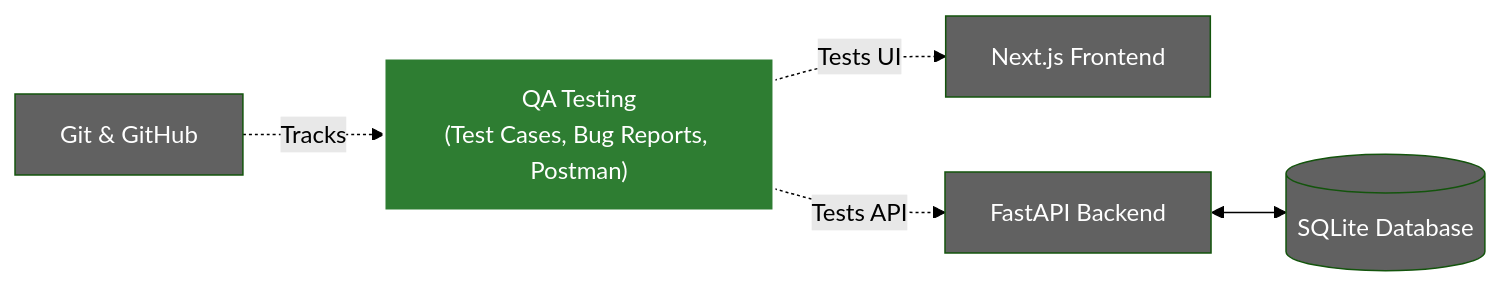
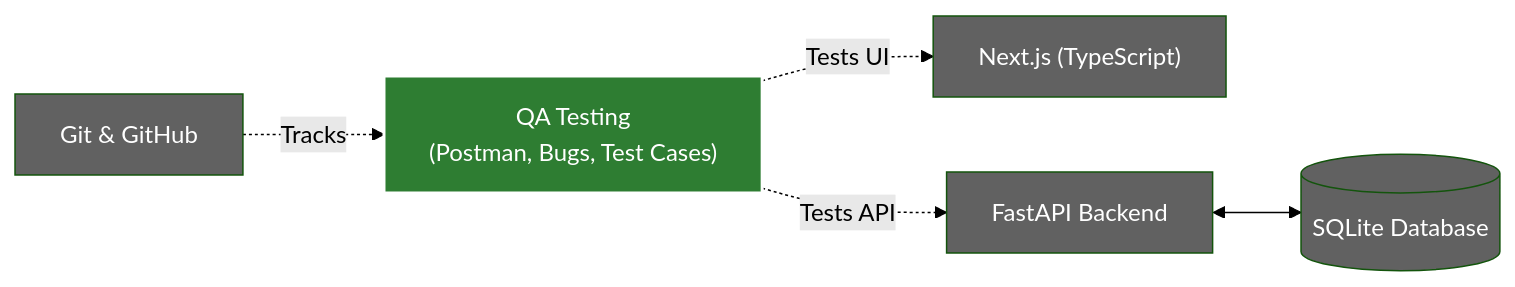
One commit to Saima-H/orientrix-training changed diagram 12 of 16 in AI_JOURNAL.md. Above: the diagram before and after it, drawn with Mermaid (forest theme). The commit also changed other lines of this file, not shown here.

````diff
--- a/AI_JOURNAL.md
+++ b/AI_JOURNAL.md
@@ -253,16 +262,16 @@
 ```mermaid
 flowchart LR
     Git["Git & GitHub"]:::past
-    QA["QA Testing<br/>(Test Cases, Bug Reports, Postman)"]:::day6
-    FE["Next.js Frontend"]:::past
+    QA["QA Testing<br/>(Postman, Bugs, Test Cases)"]:::day6
+    FE["Next.js (TypeScript)"]:::past
     BE["FastAPI Backend"]:::past
     DB[("SQLite Database")]:::past
 
     Git -. "Tracks" .-> QA
     QA -. "Tests UI" .-> FE
     QA -. "Tests API" .-> BE
     BE <--> DB
 
     classDef past fill:#616161,color:#fff;
     classDef day6 fill:#2e7d32,color:#fff,stroke:#fff,stroke-width:2px;
 ```
````
